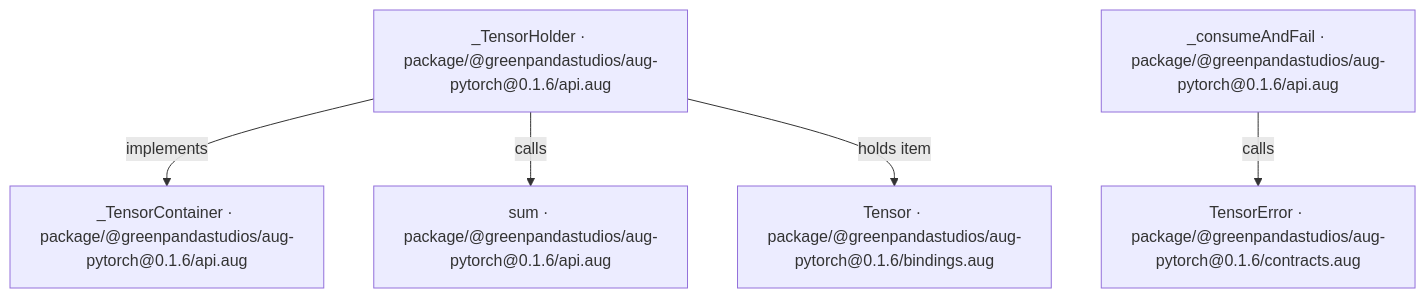
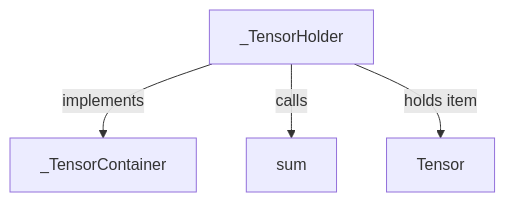
Before and after one commit to GreenPandaStudios/augscript: the first of 8 diagrams in docs/examples/native-pytorch/dependencies/packages/@greenpandastudios/aug-pytorch/0.1.6/api-diagrams.md, drawn with Mermaid. The commit also changed other lines of this file and 524 other files, not shown here.

Commit message:
Explain checked data flow at folder and service levels

````diff
--- a/docs/examples/native-pytorch/dependencies/packages/@greenpandastudios/aug-pytorch/0.1.6/api-diagrams.md
+++ b/docs/examples/native-pytorch/dependencies/packages/@greenpandastudios/aug-pytorch/0.1.6/api-diagrams.md
@@ -19,13 +19,10 @@
 ```mermaid
 flowchart TD
-    n0["_TensorContainer · package/@greenpandastudios/aug-pytorch@0.1.6/api.aug"]
-    n1["_TensorHolder · package/@greenpandastudios/aug-pytorch@0.1.6/api.aug"]
-    n2["_consumeAndFail · package/@greenpandastudios/aug-pytorch@0.1.6/api.aug"]
-    n3["sum · package/@greenpandastudios/aug-pytorch@0.1.6/api.aug"]
-    n4["Tensor · package/@greenpandastudios/aug-pytorch@0.1.6/bindings.aug"]
-    n5["TensorError · package/@greenpandastudios/aug-pytorch@0.1.6/contracts.aug"]
+    n0["_TensorContainer"]
+    n1["_TensorHolder"]
+    n2["sum"]
+    n3["Tensor"]
     n1 -->|"implements"| n0
-    n1 -->|"calls"| n3
-    n1 -->|"holds item"| n4
-    n2 -->|"calls"| n5
+    n1 -->|"calls"| n2
+    n1 -->|"holds item"| n3
 ```
````
